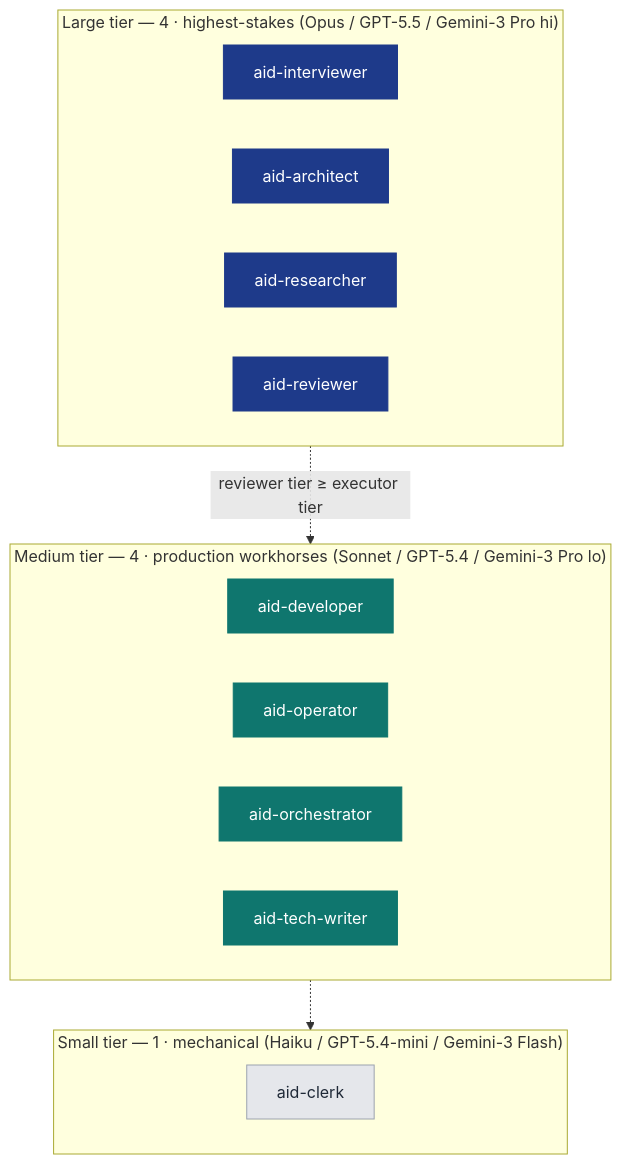
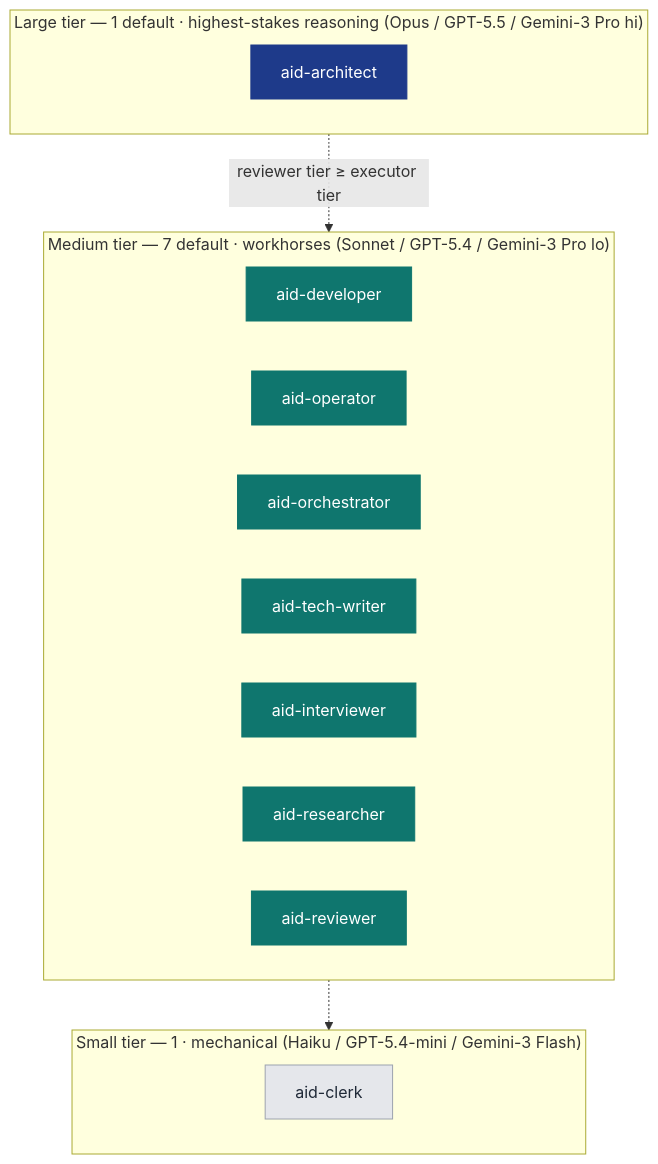
One commit to AndreVianna/aid-methodology changed the fifth of 7 diagrams in docs/aid-methodology.md. Above: the diagram before and after it, drawn with Mermaid. The commit also changed other lines of this file and 105 other files, not shown here.

````diff
--- a/docs/aid-methodology.md
+++ b/docs/aid-methodology.md
@@ -790,26 +790,26 @@
 ```mermaid
 flowchart TB
     classDef large fill:#1E3A8A,stroke:#1E3A8A,color:#ffffff
     classDef med   fill:#0F766E,stroke:#0F766E,color:#ffffff
     classDef small fill:#E5E7EB,stroke:#9CA3AF,color:#1F2937
 
-    subgraph L["Large tier — 4 · highest-stakes (Opus / GPT-5.5 / Gemini-3 Pro hi)"]
+    subgraph L["Large tier — 1 default · highest-stakes reasoning (Opus / GPT-5.5 / Gemini-3 Pro hi)"]
         direction LR
-        LA["aid-interviewer"]:::large
         LB["aid-architect"]:::large
-        LC["aid-researcher"]:::large
-        LD["aid-reviewer"]:::large
     end
-    subgraph M["Medium tier — 4 · production workhorses (Sonnet / GPT-5.4 / Gemini-3 Pro lo)"]
+    subgraph M["Medium tier — 7 default · workhorses (Sonnet / GPT-5.4 / Gemini-3 Pro lo)"]
         direction LR
         MA["aid-developer"]:::med
         MB["aid-operator"]:::med
         MC["aid-orchestrator"]:::med
         MD["aid-tech-writer"]:::med
+        ME["aid-interviewer"]:::med
+        MF["aid-researcher"]:::med
+        MG["aid-reviewer"]:::med
     end
     subgraph S["Small tier — 1 · mechanical (Haiku / GPT-5.4-mini / Gemini-3 Flash)"]
         direction LR
         SA["aid-clerk"]:::small
     end
     L -. "reviewer tier ≥ executor tier" .-> M -.-> S
 ```
````
